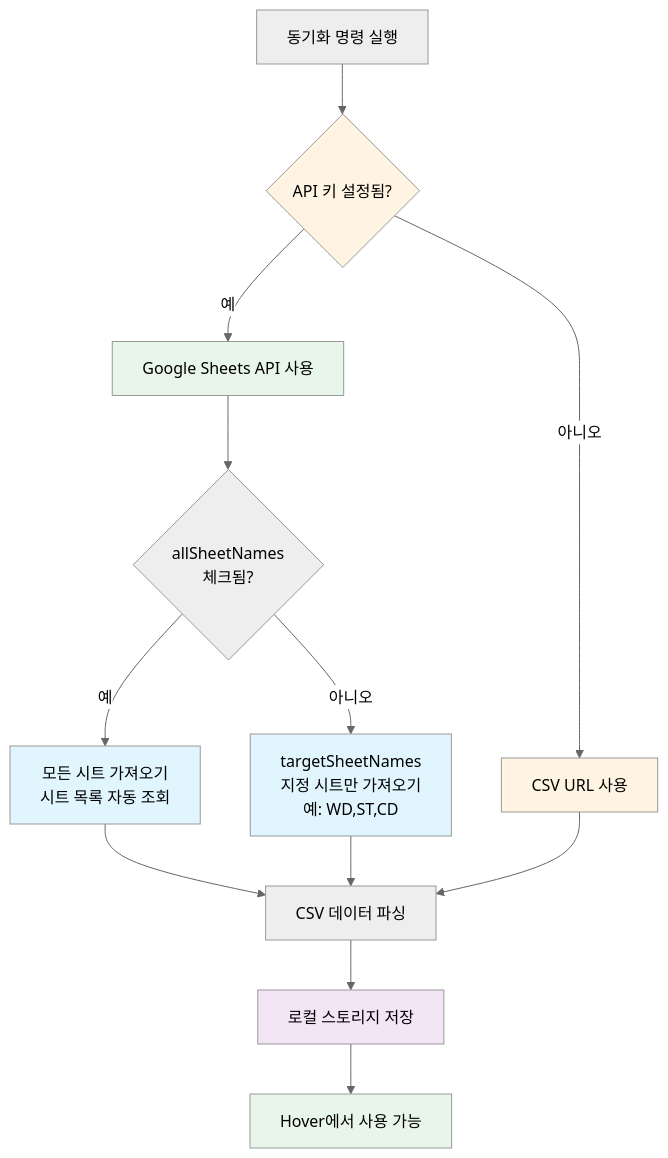
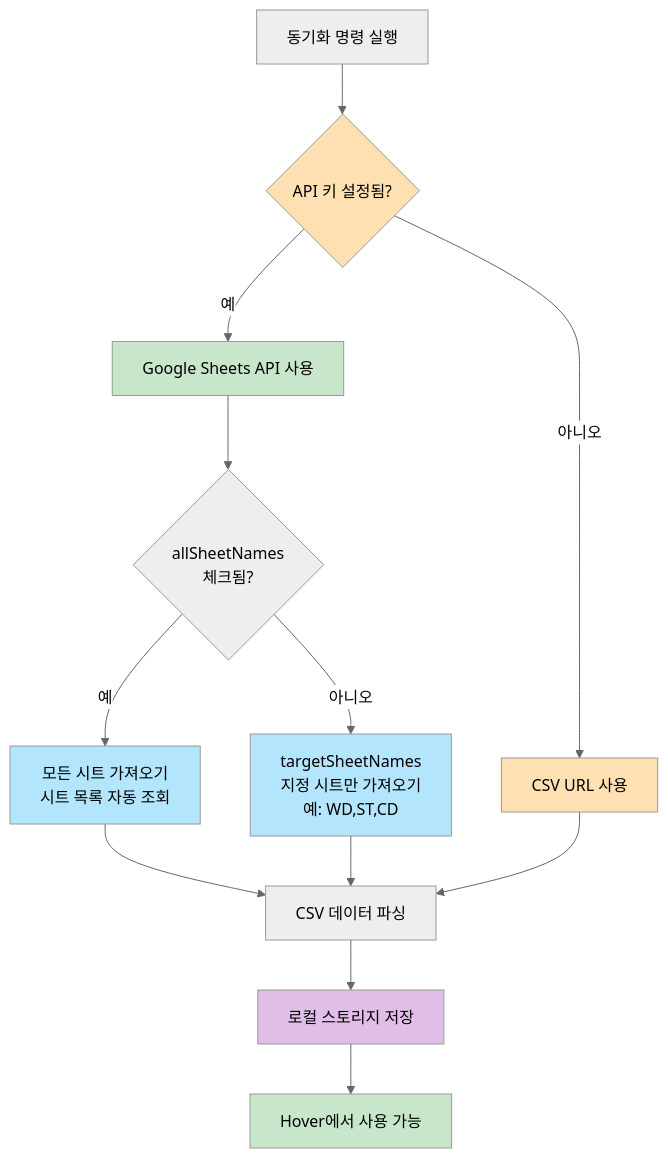
The fifth of 6 diagrams in README.ko.md (jinyDuo/sheet-global-hover-helper), drawn with Mermaid (neutral theme) before and after one commit. The commit also changed other lines of this file and 2 other files, not shown here.

Commit message:
feat: 플로우 차트 색상 조정

````diff
--- a/README.ko.md
+++ b/README.ko.md
@@ -177,26 +177,26 @@
 ```mermaid
 flowchart TD
     A[동기화 명령 실행] --> B{API 키 설정됨?}
     
     B -->|예| C[Google Sheets API 사용]
     B -->|아니오| D[CSV URL 사용]
     
     C --> C1{allSheetNames<br/>체크됨?}
     C1 -->|예| C2[모든 시트 가져오기<br/>시트 목록 자동 조회]
     C1 -->|아니오| C3[targetSheetNames<br/>지정 시트만 가져오기<br/>예: WD,ST,CD]
     
     C2 --> E[CSV 데이터 파싱]
     C3 --> E
     D --> E
     
     E --> F[로컬 스토리지 저장]
     F --> G[Hover에서 사용 가능]
     
-    style B fill:#fff4e1
-    style C fill:#e8f5e9
-    style D fill:#fff4e1
-    style C2 fill:#e1f5ff
-    style C3 fill:#e1f5ff
-    style F fill:#f3e5f5
-    style G fill:#e8f5e9
+    style B fill:#ffe0b2,color:#000000
+    style C fill:#c8e6c9,color:#000000
+    style D fill:#ffe0b2,color:#000000
+    style C2 fill:#b3e5fc,color:#000000
+    style C3 fill:#b3e5fc,color:#000000
+    style F fill:#e1bee7,color:#000000
+    style G fill:#c8e6c9,color:#000000
 ```
````
